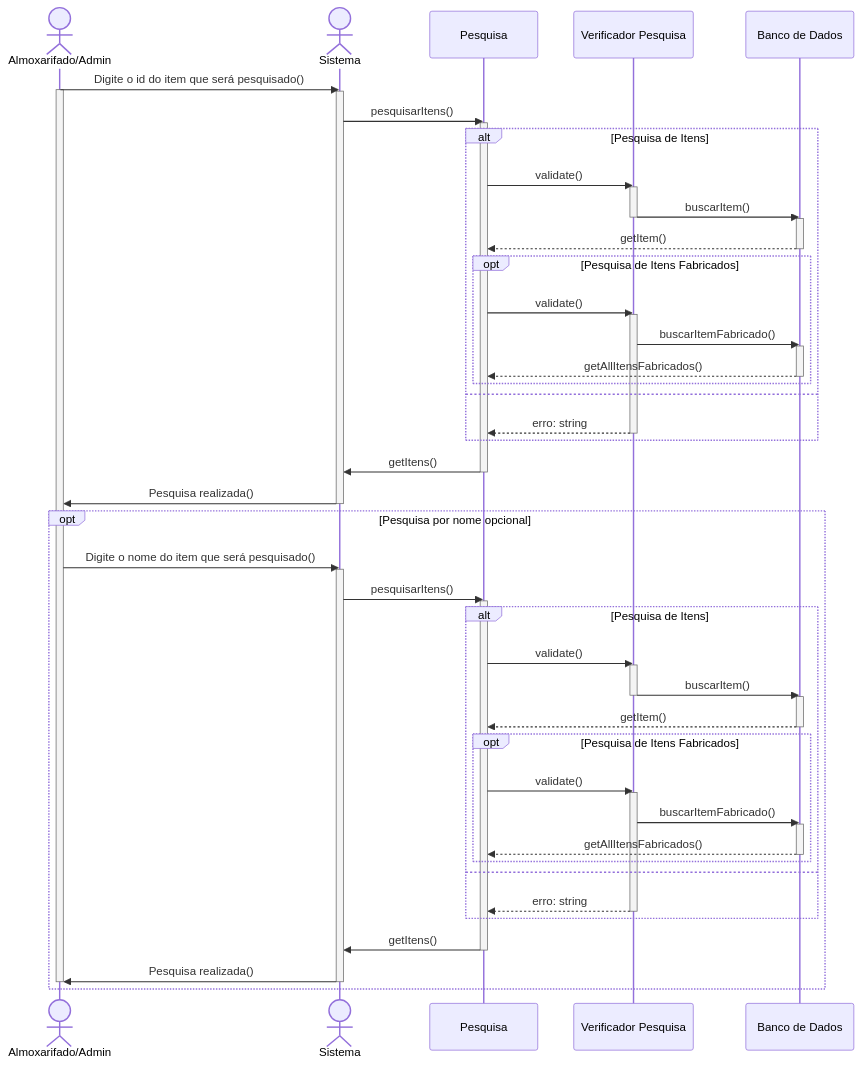
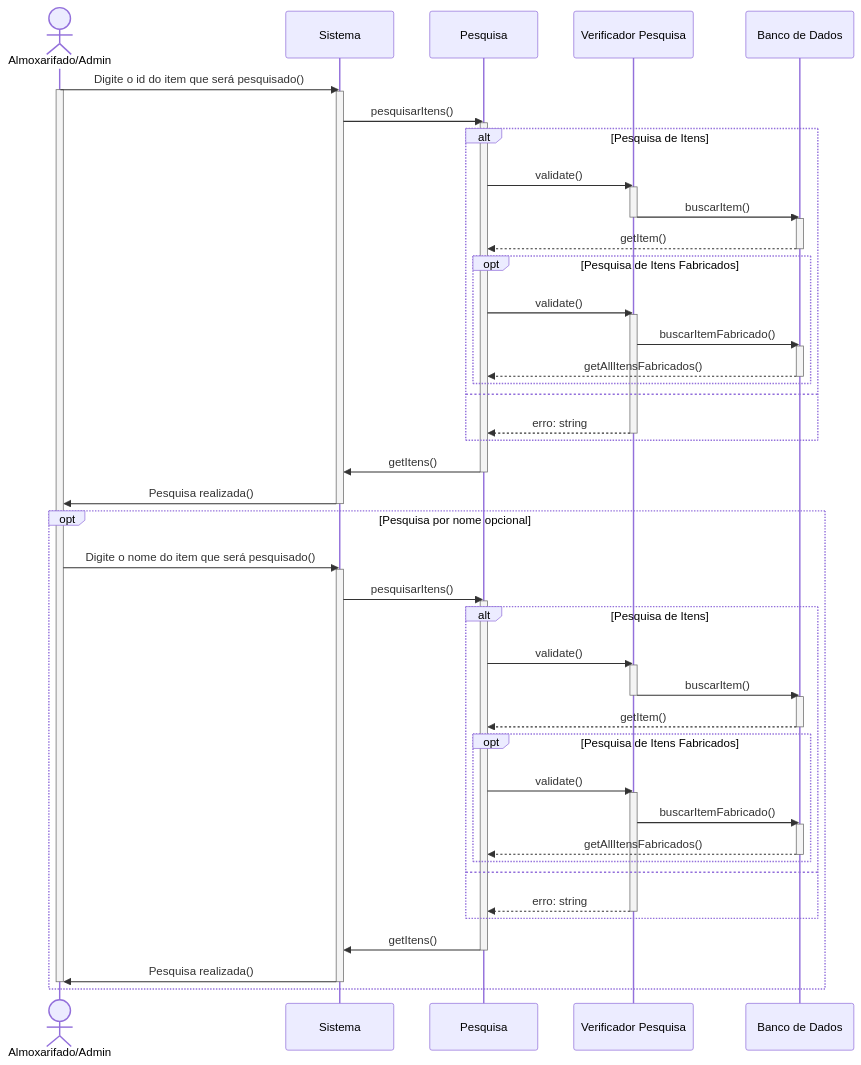
Before and after one commit to branqsMRP/SequenceDiagram: the diagram in DiagramaSequencia/Item/Pesquisa.md, drawn with Mermaid. The commit also changed 2 other files, not shown here.

Commit message:
commit 1.4

`````diff
--- a/DiagramaSequencia/Item/Pesquisa.md
+++ b/DiagramaSequencia/Item/Pesquisa.md
@@ -1,83 +1,83 @@
 ````mermaid
 sequenceDiagram 
     actor A as Almoxarifado/Admin
-    actor S as Sistema
+    participant S as Sistema
     participant P as Pesquisa
     participant VP as Verificador Pesquisa
     participant BD as Banco de Dados
 
     % Pesquisa por ID
 
     A->>S: Digite o id do item que será pesquisado()
     Activate A
     Activate S
     S->>P: pesquisarItens()
     Activate P
 
     alt Pesquisa de Itens
         P->>VP: validate()        
         Activate VP
         VP->>BD: buscarItem()
         Deactivate VP
         Activate BD
         BD-->>P: getItem()
         deactivate BD
                 opt Pesquisa de Itens Fabricados
                     P->>VP: validate()        
                     Activate VP
                     VP->>BD: buscarItemFabricado()
                     Activate BD
                     BD-->>P: getAllItensFabricados()
                     deactivate BD
                 end
         
     else
         VP-->>P: erro: string
         deactivate VP
     end
 
 
     P->>S: getItens()    
     deactivate P
     S->>A: Pesquisa realizada()
     deactivate S
 
     % Pesquisa por nome
 
     opt Pesquisa por nome opcional
     A->>S: Digite o nome do item que será pesquisado()
     Activate S
     S->>P: pesquisarItens()
     Activate P
 
     alt Pesquisa de Itens
         P->>VP: validate()         
         Activate VP
         VP->>BD: buscarItem()
         Deactivate VP
         Activate BD
         BD-->>P: getItem()
         deactivate BD
             opt Pesquisa de Itens Fabricados
                 P->>VP: validate()        
                 Activate VP
                 VP->>BD: buscarItemFabricado()
                 Activate BD
                 BD-->>P: getAllItensFabricados()
                 deactivate BD
             end
         
     else
         VP-->>P: erro: string
         deactivate VP
     end
 
     P->>S: getItens()    
     deactivate P
     S->>A: Pesquisa realizada()
     deactivate S
     deactivate A
     end
 
 
 ````
`````
